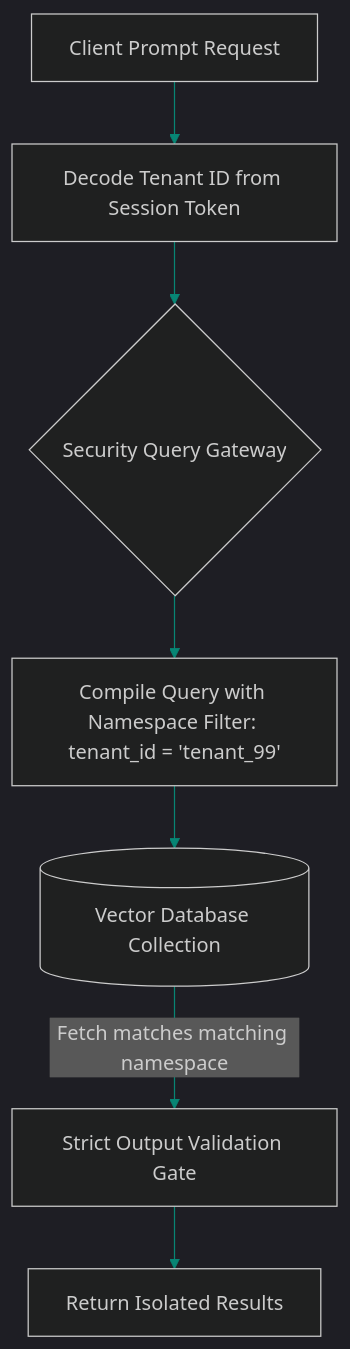
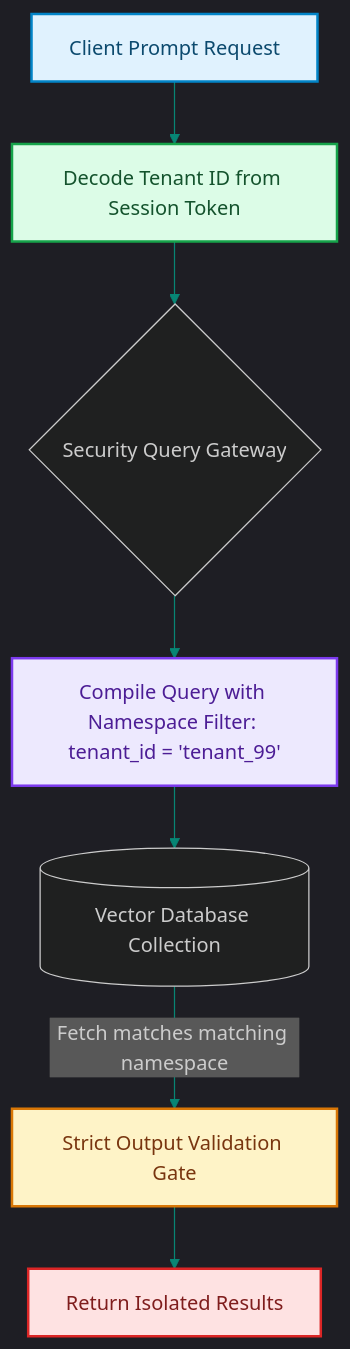
The diagram in blog/posts/vector-db-multi-tenant-namespace-isolation-rag.md (akmalkhaniub/akmalkhaniub.github.io), drawn with Mermaid before and after one commit. The commit also changed other lines of this file and 1291 other files, not shown here.

First line of the commit message:
feat(catalog): unique covers, scholarly references, and diagram palettes

````diff
--- a/blog/posts/vector-db-multi-tenant-namespace-isolation-rag.md
+++ b/blog/posts/vector-db-multi-tenant-namespace-isolation-rag.md
@@ -16,12 +16,23 @@
 ```mermaid
 %%{init: {'theme': 'dark', 'themeVariables': { 'primaryColor': '#088574', 'primaryTextColor': '#f3f4f6', 'primaryBorderColor': '#0db49b', 'lineColor': '#088574', 'secondaryColor': '#111827', 'tertiaryColor': '#0b0f19'}}}%%
 flowchart TD
-    Client[Client Prompt Request] --> Verify[Decode Tenant ID from Session Token]
+    Client["Client Prompt Request"] --> Verify["Decode Tenant ID from Session Token"]
     Verify --> Gateway{Security Query Gateway}
     
-    Gateway --> Compile[Compile Query with Namespace Filter: tenant_id = 'tenant_99']
+    Gateway --> Compile["Compile Query with Namespace Filter: tenant_id = 'tenant_99'"]
     Compile --> DB[(Vector Database Collection)]
     
-    DB -->|Fetch matches matching namespace| Filter[Strict Output Validation Gate]
-    Filter --> Return[Return Isolated Results]
+    DB -->|Fetch matches matching namespace| Filter["Strict Output Validation Gate"]
+    Filter --> Return["Return Isolated Results"]
+
+classDef green fill:#dcfce7,stroke:#16a34a,stroke-width:2px,color:#14532d;
+classDef red fill:#fee2e2,stroke:#dc2626,stroke-width:2px,color:#7f1d1d;
+classDef blue fill:#e0f2fe,stroke:#0284c7,stroke-width:2px,color:#0c4a6e;
+classDef yellow fill:#fef3c7,stroke:#d97706,stroke-width:2px,color:#78350f;
+classDef purple fill:#ede9fe,stroke:#7c3aed,stroke-width:2px,color:#4c1d95;
+class Client blue
+class Verify green
+class Compile purple
+class Filter yellow
+class Return red
 ```
````
